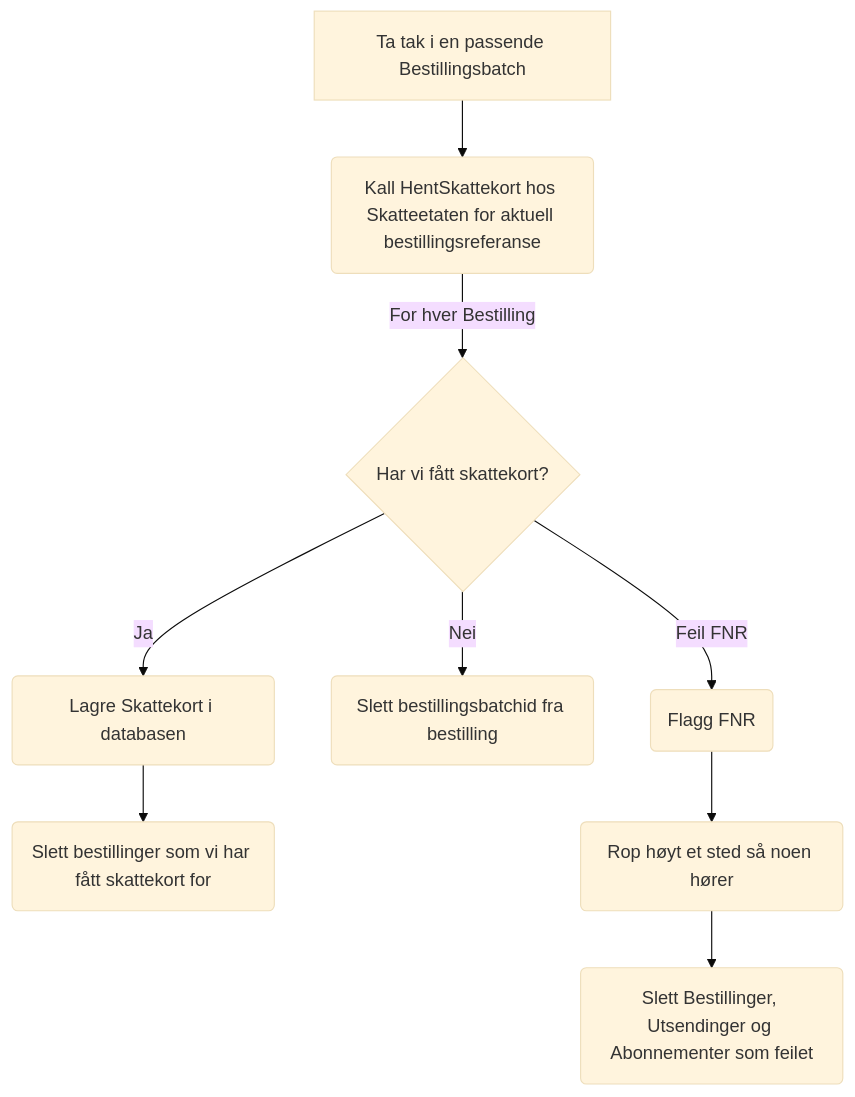
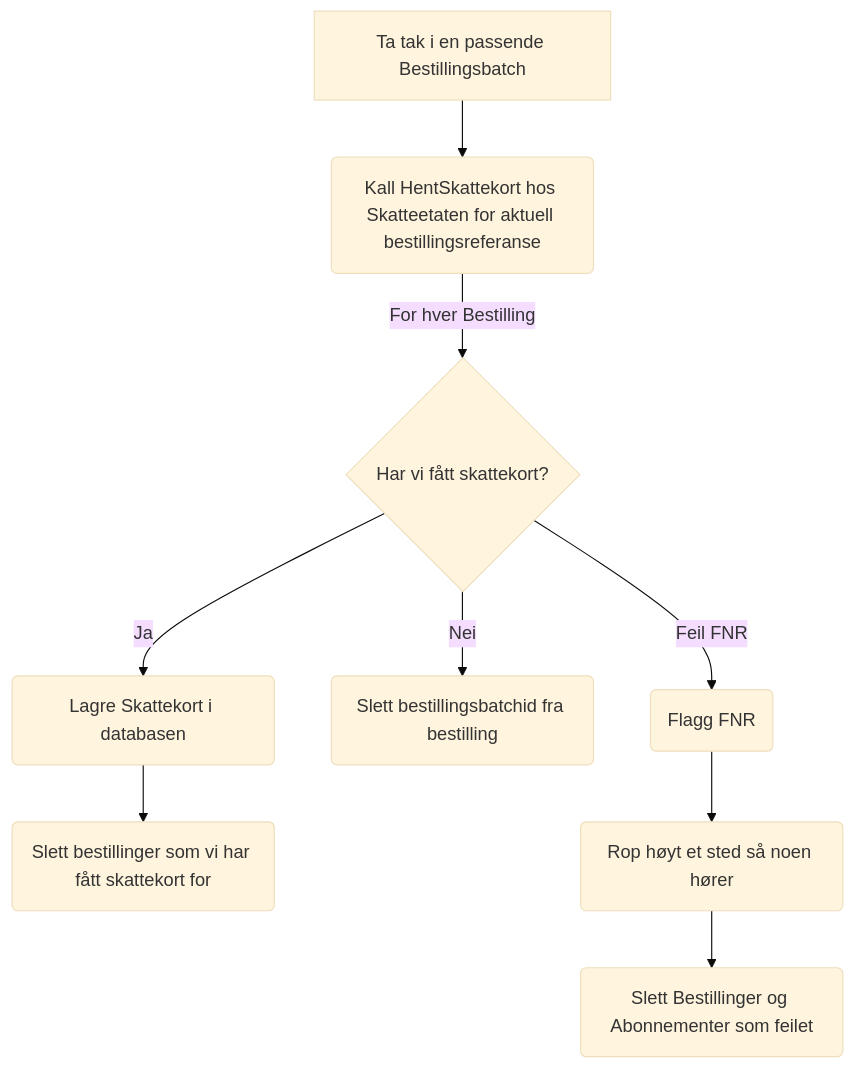
The seventh of 12 diagrams in README.md (navikt/sokos-skattekort), drawn with Mermaid (base theme) before and after one commit. The commit also changed other lines of this file and 3 other files, not shown here.

Commit message:
Sletter også bestillinger vi er ferdig med

````diff
--- a/README.md
+++ b/README.md
@@ -247,7 +248,7 @@
 ```mermaid
 flowchart TD
     BB[Ta tak i en passende Bestillingsbatch] --> HS(Kall HentSkattekort hos Skatteetaten for aktuell bestillingsreferanse)
     HS -->|For hver Bestilling| SK{Har vi fått skattekort?} -->|Ja| L(Lagre Skattekort i databasen) --> SLETT(Slett bestillinger som vi har fått skattekort for)
     SK -->|Nei| RESET(Slett bestillingsbatchid fra bestilling)
-    SK -->|Feil FNR| FLAGG(Flagg FNR) --> SKRIK(Rop høyt et sted så noen hører) --> SLETT2(Slett Bestillinger, Utsendinger og Abonnementer som feilet)
+    SK -->|Feil FNR| FLAGG(Flagg FNR) --> SKRIK(Rop høyt et sted så noen hører) --> SLETT2(Slett Bestillinger og Abonnementer som feilet)
 ```
````
